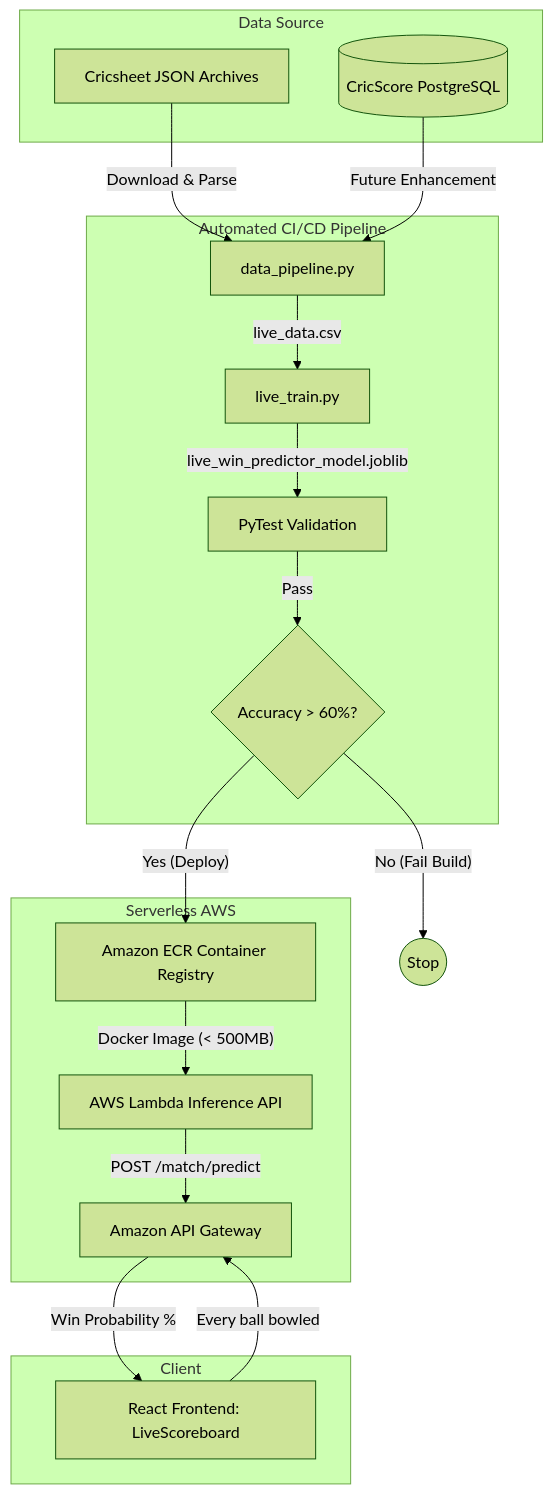
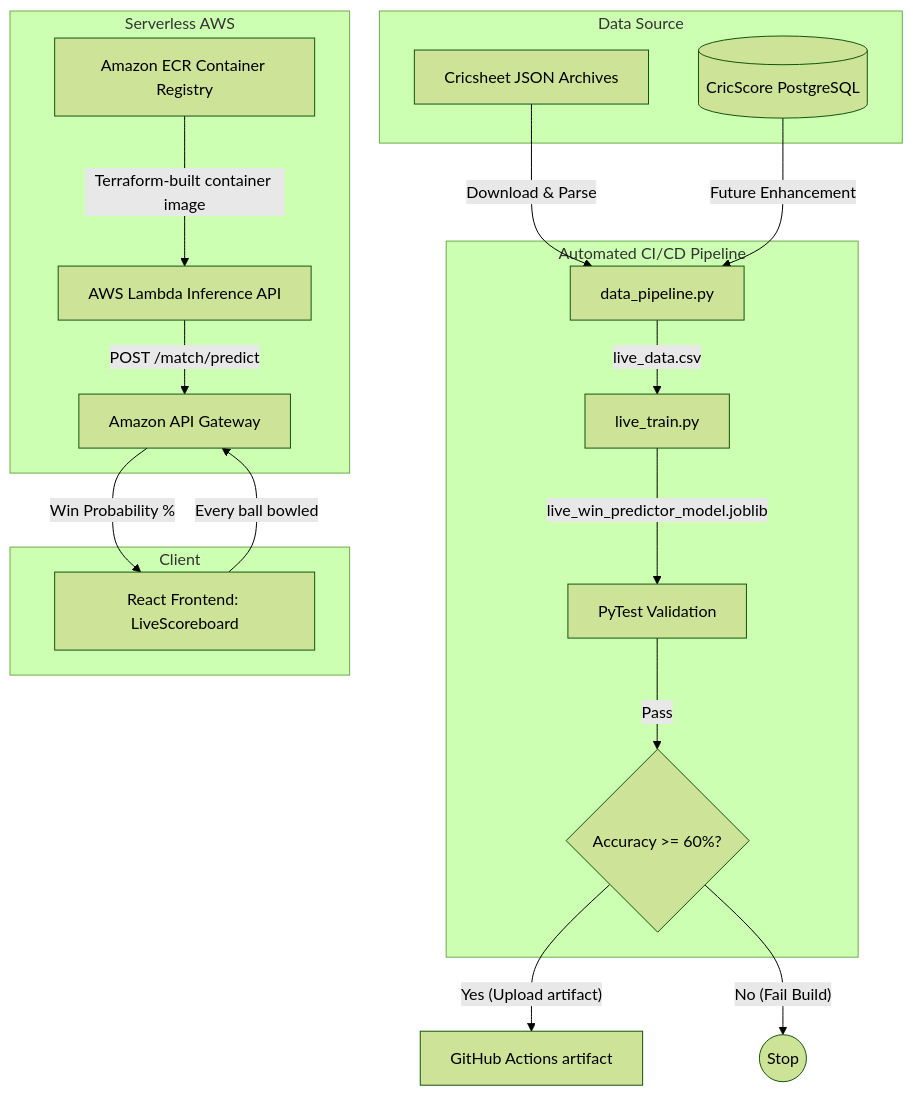
One commit to venkatesh-singamsetty/cricscore changed the first of 2 diagrams in docs/mlops_tutorial.md. Above: the diagram before and after it, drawn with Mermaid (forest theme). The commit also changed other lines of this file and 114 other files, not shown here.

````diff
--- a/docs/mlops_tutorial.md
+++ b/docs/mlops_tutorial.md
@@ -13,42 +13,42 @@
 ```mermaid
 graph TD
     %% Define Data Flow
     subgraph Data Source
         Cricsheet[Cricsheet JSON Archives]
         DB[(CricScore PostgreSQL)]
     end
 
     %% Define Training Pipeline (GitHub Actions)
     subgraph GitHub Actions [Automated CI/CD Pipeline]
         DP[data_pipeline.py]
         LT[live_train.py]
         TEST[PyTest Validation]
-        GATE{Accuracy > 60%?}
+        GATE{Accuracy >= 60%?}
     end
 
     %% Define Deployment
     subgraph AWS Deployment [Serverless AWS]
         ECR[Amazon ECR Container Registry]
         LAMBDA[AWS Lambda Inference API]
         APIGW[Amazon API Gateway]
     end
 
     %% Frontend App
     subgraph Client
         UI[React Frontend: LiveScoreboard]
     end
 
     %% Connections
     Cricsheet -- Download & Parse --> DP
     DB -- Future Enhancement --> DP
     DP -- "live_data.csv" --> LT
     LT -- "live_win_predictor_model.joblib" --> TEST
     TEST -- Pass --> GATE
-    GATE -- "Yes (Deploy)" --> ECR
+    GATE -- "Yes (Upload artifact)" --> ART[GitHub Actions artifact]
     GATE -- "No (Fail Build)" --> STOP((Stop))
 
-    ECR -- "Docker Image (< 500MB)" --> LAMBDA
+    ECR -- "Terraform-built container image" --> LAMBDA
     LAMBDA -- "POST /match/predict" --> APIGW
     UI -- "Every ball bowled" --> APIGW
     APIGW -- "Win Probability %" --> UI
 ```
````
